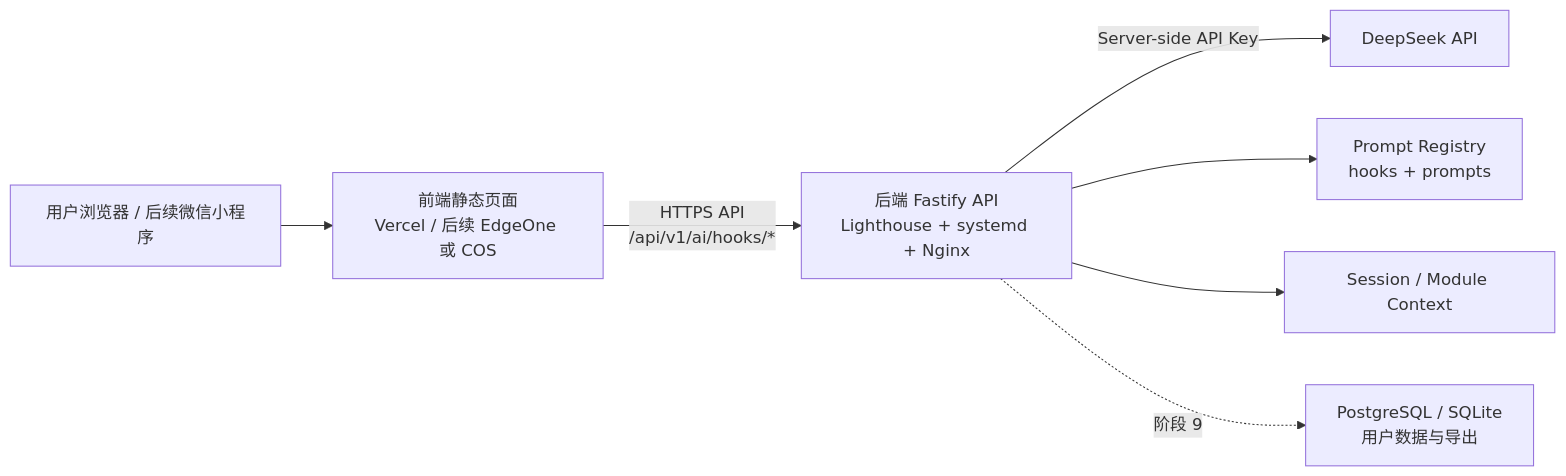
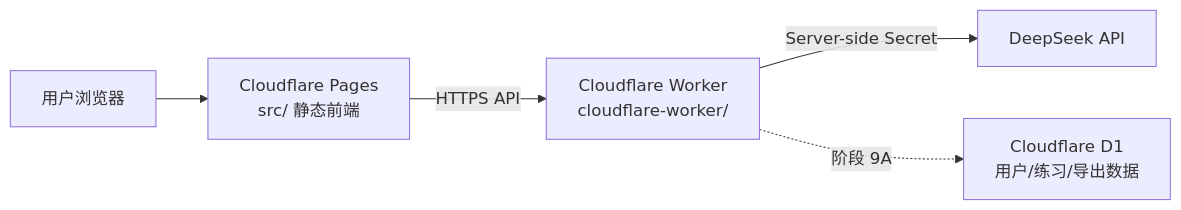
One commit to Vigorouscrap/Resilience_training_programme_cloudflare changed the first of 2 diagrams in docs/IMPLEMENTATION_ROADMAP.md. Above: the diagram before and after it, drawn with Mermaid. The commit also changed other lines of this file and 1 other file, not shown here.

Commit message:
Document Cloudflare phase 9A roadmap

````diff
--- a/docs/IMPLEMENTATION_ROADMAP.md
+++ b/docs/IMPLEMENTATION_ROADMAP.md
@@ -647,9 +55,7 @@
 ```mermaid
 flowchart LR
-    U["用户浏览器 / 后续微信小程序"] --> F["前端静态页面<br/>Vercel / 后续 EdgeOne 或 COS"]
-    F -->|"HTTPS API<br/>/api/v1/ai/hooks/*"| B["后端 Fastify API<br/>Lighthouse + systemd + Nginx"]
-    B -->|"Server-side API Key"| D["DeepSeek API"]
-    B --> P["Prompt Registry<br/>hooks + prompts"]
-    B --> S["Session / Module Context"]
-    B -. "阶段 9" .-> DB["PostgreSQL / SQLite<br/>用户数据与导出"]
+    U["用户浏览器"] --> F["Cloudflare Pages<br/>src/ 静态前端"]
+    F -->|"HTTPS API"| W["Cloudflare Worker<br/>cloudflare-worker/"]
+    W -->|"Server-side Secret"| DS["DeepSeek API"]
+    W -. "阶段 9A" .-> D1["Cloudflare D1<br/>用户/练习/导出数据"]
 ```
````
